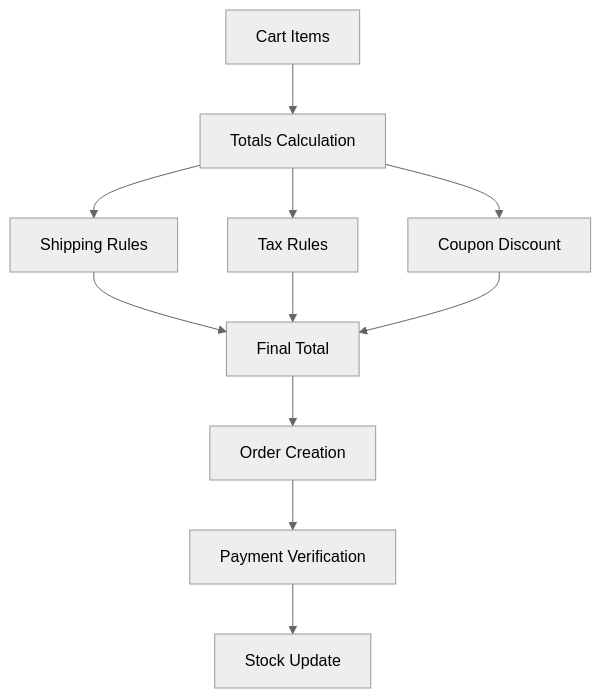
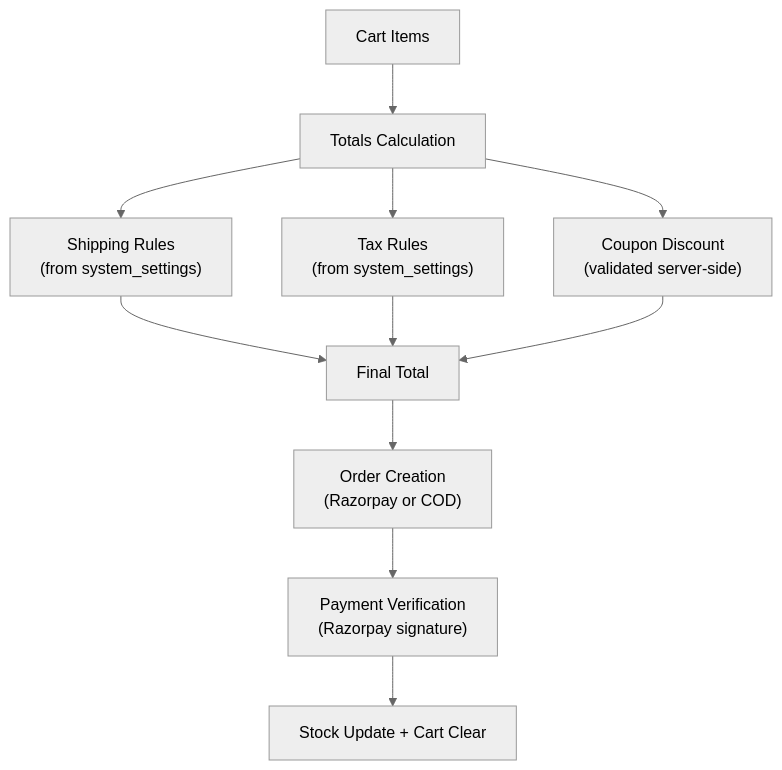
Diagram 12 of 12 in WORKFLOW.md (annnuuupam/NexCart), drawn with Mermaid (neutral theme) before and after one commit. The commit also changed other lines of this file and 41 other files, not shown here.

````diff
--- a/WORKFLOW.md
+++ b/WORKFLOW.md
@@ -148,13 +231,13 @@
 ```mermaid
 flowchart TD
   A["Cart Items"] --> B["Totals Calculation"]
-  B --> C["Shipping Rules"]
-  B --> D["Tax Rules"]
-  B --> E["Coupon Discount"]
+  B --> C["Shipping Rules\n(from system_settings)"]
+  B --> D["Tax Rules\n(from system_settings)"]
+  B --> E["Coupon Discount\n(validated server-side)"]
   C --> F["Final Total"]
   D --> F
   E --> F
-  F --> G["Order Creation"]
-  G --> H["Payment Verification"]
-  H --> I["Stock Update"]
+  F --> G["Order Creation\n(Razorpay or COD)"]
+  G --> H["Payment Verification\n(Razorpay signature)"]
+  H --> I["Stock Update + Cart Clear"]
 ```
````
